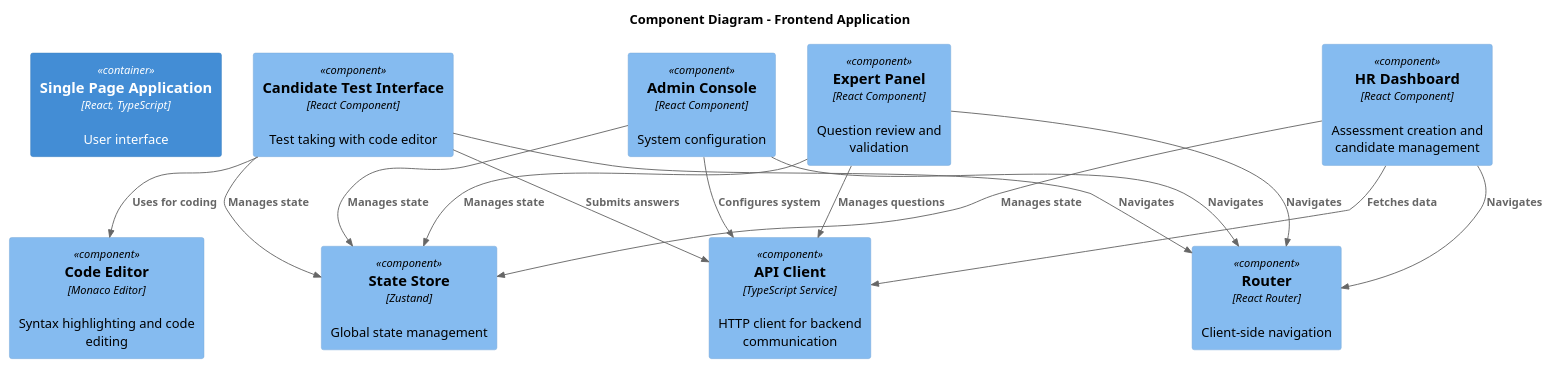
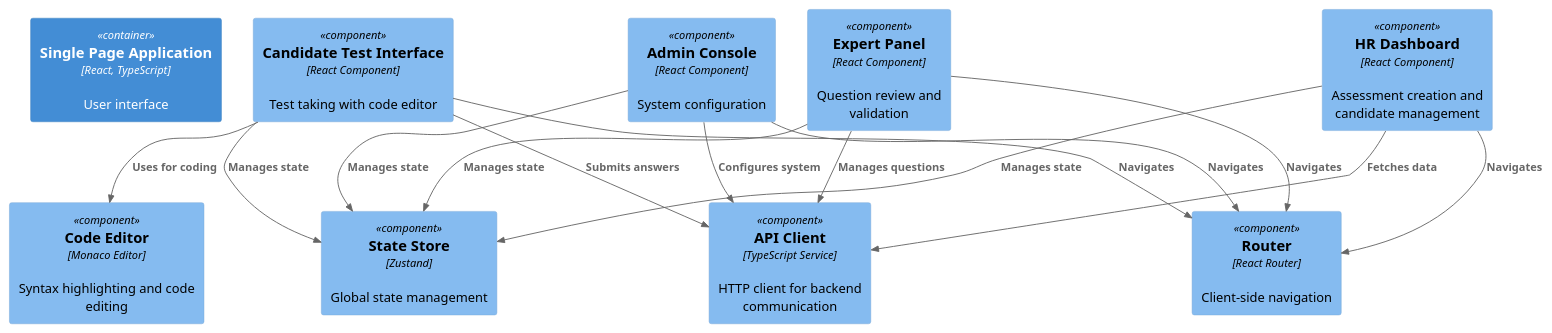
Before and after one commit to dmsus/easyHire: the diagram in docs/architecture/diagrams/level3-frontend.puml, drawn with PlantUML. The commit also changed 4 other files, not shown here.

```diff
--- a/docs/architecture/diagrams/level3-frontend.puml
+++ b/docs/architecture/diagrams/level3-frontend.puml
@@ -1,35 +1,33 @@
-@startuml
-!include https://raw.githubusercontent.com/plantuml-stdlib/C4-PlantUML/master/C4_Component.puml
-
-title Component Diagram - Frontend Application
+@startuml c4_level3_frontend
+!includeurl https://raw.githubusercontent.com/plantuml-stdlib/C4-PlantUML/master/C4_Component.puml
 
 Container(spa, "Single Page Application", "React, TypeScript", "User interface")
 
 Component(hr_dashboard, "HR Dashboard", "React Component", "Assessment creation and candidate management")
 Component(candidate_test, "Candidate Test Interface", "React Component", "Test taking with code editor")
 Component(expert_panel, "Expert Panel", "React Component", "Question review and validation")
 Component(admin_console, "Admin Console", "React Component", "System configuration")
 
 Component(api_client, "API Client", "TypeScript Service", "HTTP client for backend communication")
 Component(code_editor, "Code Editor", "Monaco Editor", "Syntax highlighting and code editing")
 Component(state_store, "State Store", "Zustand", "Global state management")
 Component(router, "Router", "React Router", "Client-side navigation")
 
 Rel(hr_dashboard, api_client, "Fetches data")
 Rel(candidate_test, api_client, "Submits answers")
 Rel(expert_panel, api_client, "Manages questions")
 Rel(admin_console, api_client, "Configures system")
 
 Rel(candidate_test, code_editor, "Uses for coding")
 
 Rel(hr_dashboard, state_store, "Manages state")
 Rel(candidate_test, state_store, "Manages state")
 Rel(expert_panel, state_store, "Manages state")
 Rel(admin_console, state_store, "Manages state")
 
 Rel(hr_dashboard, router, "Navigates")
 Rel(candidate_test, router, "Navigates")
 Rel(expert_panel, router, "Navigates")
 Rel(admin_console, router, "Navigates")
 
 @enduml
```
